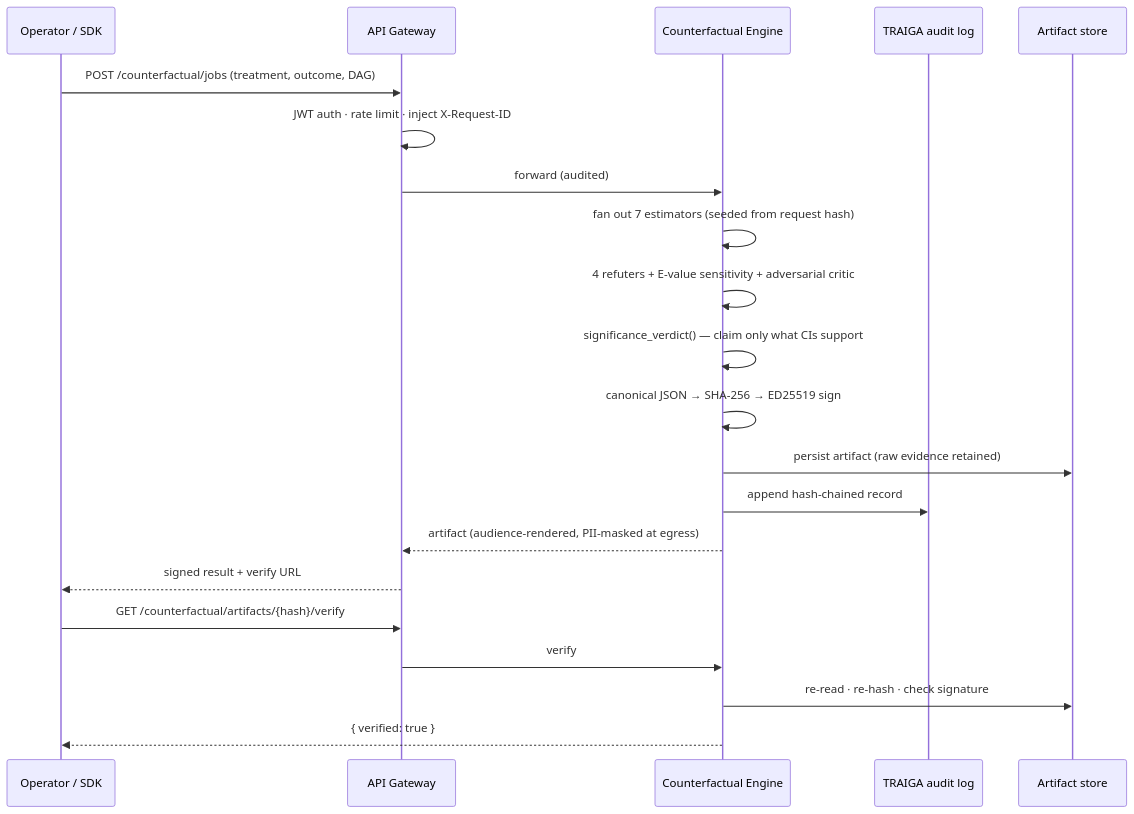
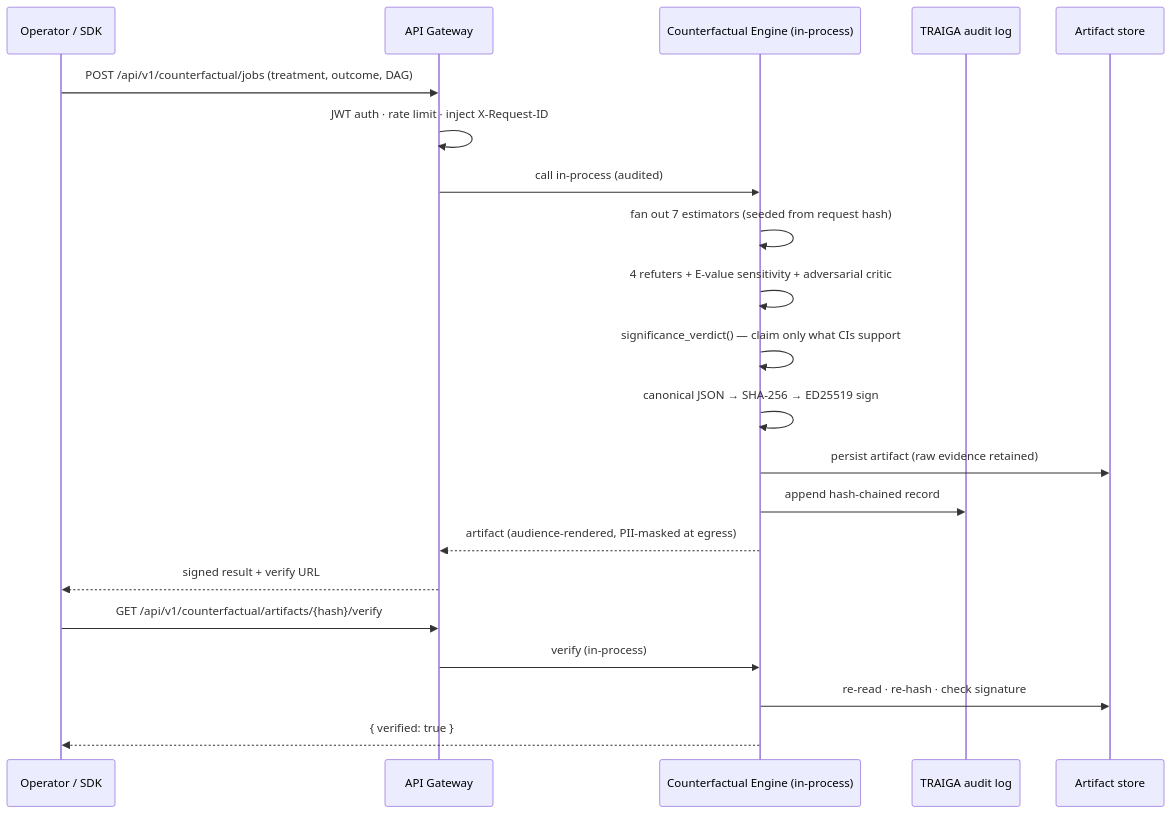
The third of 3 diagrams in ARCHITECTURE.md (THIRD-I-AI/AURA), drawn with Mermaid before and after one commit. The commit also changed other lines of this file and 1 other file, not shown here.

First line of the commit message:
docs: reconcile ARCHITECTURE.md + REPO_MAP.md to current 9-service topology

````diff
--- a/ARCHITECTURE.md
+++ b/ARCHITECTURE.md
@@ -149,24 +229,24 @@
 ```mermaid
 sequenceDiagram
     participant U as Operator / SDK
     participant GW as API Gateway
-    participant CF as Counterfactual Engine
+    participant CF as Counterfactual Engine (in-process)
     participant AL as TRAIGA audit log
     participant FS as Artifact store
 
-    U->>GW: POST /counterfactual/jobs (treatment, outcome, DAG)
+    U->>GW: POST /api/v1/counterfactual/jobs (treatment, outcome, DAG)
     GW->>GW: JWT auth · rate limit · inject X-Request-ID
-    GW->>CF: forward (audited)
+    GW->>CF: call in-process (audited)
     CF->>CF: fan out 7 estimators (seeded from request hash)
     CF->>CF: 4 refuters + E-value sensitivity + adversarial critic
     CF->>CF: significance_verdict() — claim only what CIs support
     CF->>CF: canonical JSON → SHA-256 → ED25519 sign
     CF->>FS: persist artifact (raw evidence retained)
     CF->>AL: append hash-chained record
     CF-->>GW: artifact (audience-rendered, PII-masked at egress)
     GW-->>U: signed result + verify URL
-    U->>GW: GET /counterfactual/artifacts/{hash}/verify
-    GW->>CF: verify
+    U->>GW: GET /api/v1/counterfactual/artifacts/{hash}/verify
+    GW->>CF: verify (in-process)
     CF->>FS: re-read · re-hash · check signature
     CF-->>U: { verified: true }
 ```
````
